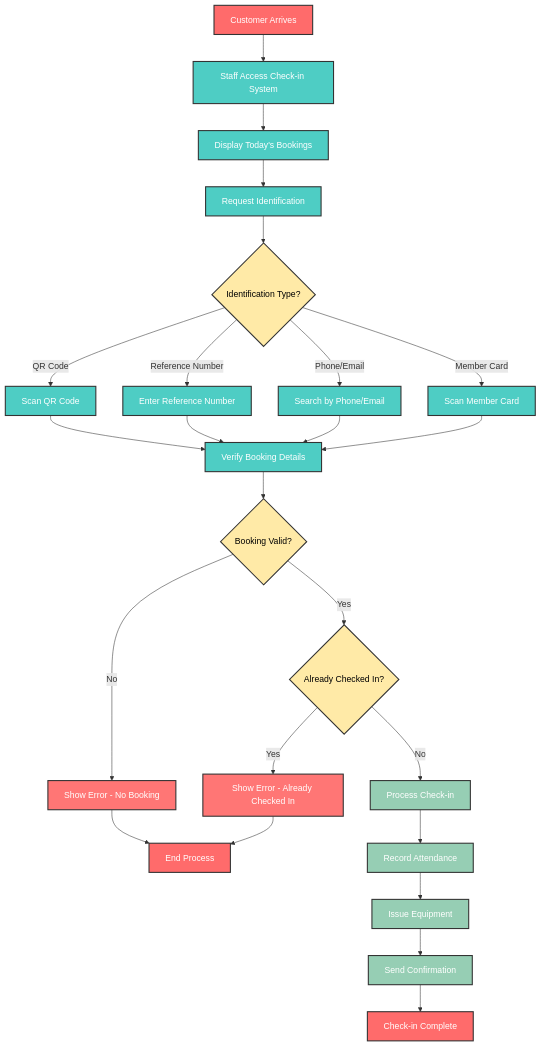
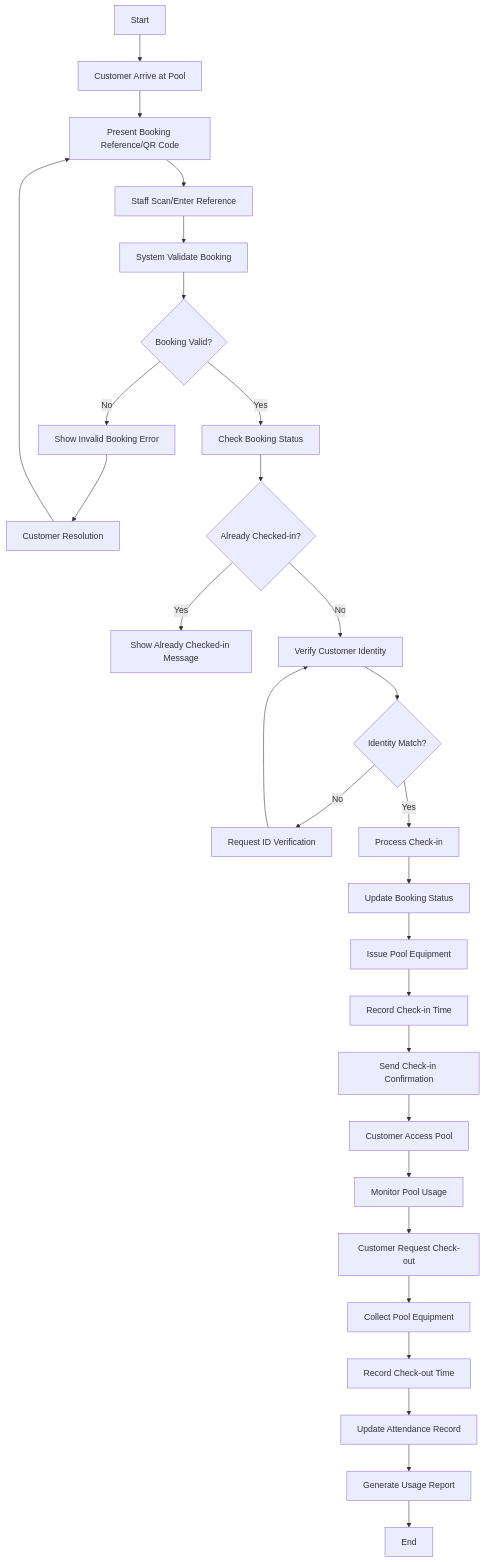
Before and after one commit to BlackCoffeee/raujan_pool: diagram 17 of 35 in Planing/06-uml-diagrams.md, drawn with Mermaid. The commit also changed other lines of this file, not shown here.

````diff
--- a/Planing/06-uml-diagrams.md
+++ b/Planing/06-uml-diagrams.md
@@ -1683,54 +1540,31 @@
 ```mermaid
-graph TD
-    A[Customer Arrives] --> B[Staff Access Check-in System]
-    B --> C[Display Today's Bookings]
-    C --> D[Request Identification]
-    D --> E{Identification Type?}
-    E -->|QR Code| F[Scan QR Code]
-    E -->|Reference Number| G[Enter Reference Number]
-    E -->|Phone/Email| H[Search by Phone/Email]
-    E -->|Member Card| I[Scan Member Card]
-    F --> J[Verify Booking Details]
-    G --> J
-    H --> J
-    I --> J
-    J --> K{Booking Valid?}
-    K -->|No| L[Show Error - No Booking]
-    L --> M[End Process]
-    K -->|Yes| N{Already Checked In?}
-    N -->|Yes| O[Show Error - Already Checked In]
-    O --> M
-    N -->|No| P[Process Check-in]
-    P --> Q[Record Attendance]
-    Q --> R[Issue Equipment]
-    R --> S[Send Confirmation]
-    S --> T[Check-in Complete]
-
-    %% Custom styling
-    classDef start-end fill:#ff6b6b,stroke:#333,stroke-width:2px,color:#fff
-    classDef process fill:#4ecdc4,stroke:#333,stroke-width:2px,color:#fff
-    classDef decision fill:#ffeaa7,stroke:#333,stroke-width:2px,color:#000
-    classDef success fill:#96ceb4,stroke:#333,stroke-width:2px,color:#fff
-    classDef failure fill:#ff7675,stroke:#333,stroke-width:2px,color:#fff
-
-    A:::start-end
-    B:::process
-    C:::process
-    D:::process
-    E:::decision
-    F:::process
-    G:::process
-    H:::process
-    I:::process
-    J:::process
-    K:::decision
-    L:::failure
-    M:::start-end
-    N:::decision
-    O:::failure
-    P:::success
-    Q:::success
-    R:::success
-    S:::success
-    T:::start-end
+flowchart TD
+    A[Start] --> B[Customer Arrive at Pool]
+    B --> C[Present Booking Reference/QR Code]
+    C --> D[Staff Scan/Enter Reference]
+    D --> E[System Validate Booking]
+    E --> F{Booking Valid?}
+    F -->|No| G[Show Invalid Booking Error]
+    G --> H[Customer Resolution]
+    H --> C
+    F -->|Yes| I[Check Booking Status]
+    I --> J{Already Checked-in?}
+    J -->|Yes| K[Show Already Checked-in Message]
+    J -->|No| L[Verify Customer Identity]
+    L --> M{Identity Match?}
+    M -->|No| N[Request ID Verification]
+    N --> L
+    M -->|Yes| O[Process Check-in]
+    O --> P[Update Booking Status]
+    P --> Q[Issue Pool Equipment]
+    Q --> R[Record Check-in Time]
+    R --> S[Send Check-in Confirmation]
+    S --> T[Customer Access Pool]
+    T --> U[Monitor Pool Usage]
+    U --> V[Customer Request Check-out]
+    V --> W[Collect Pool Equipment]
+    W --> X[Record Check-out Time]
+    X --> Y[Update Attendance Record]
+    Y --> Z[Generate Usage Report]
+    Z --> AA[End]
 ```
````
